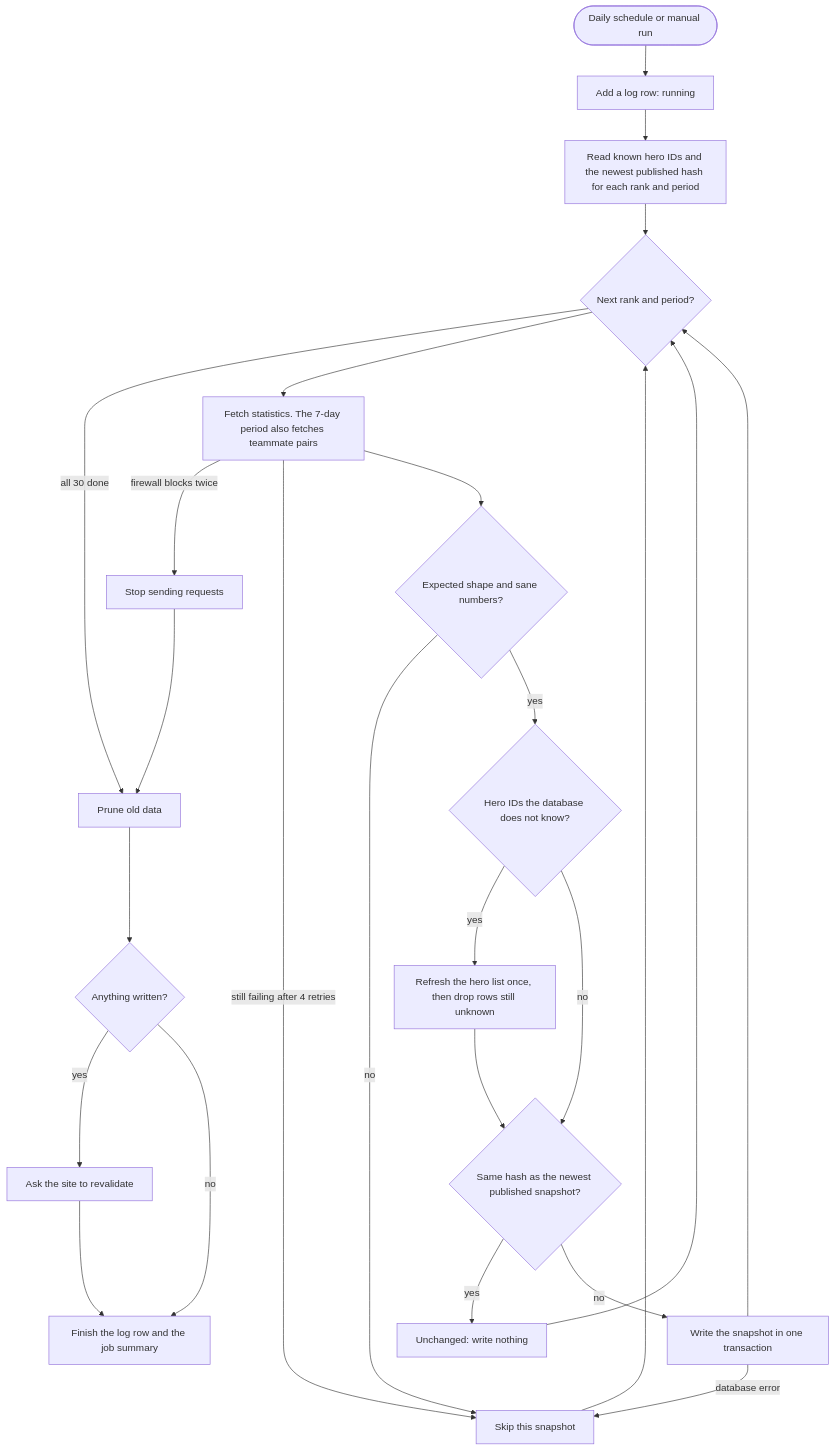
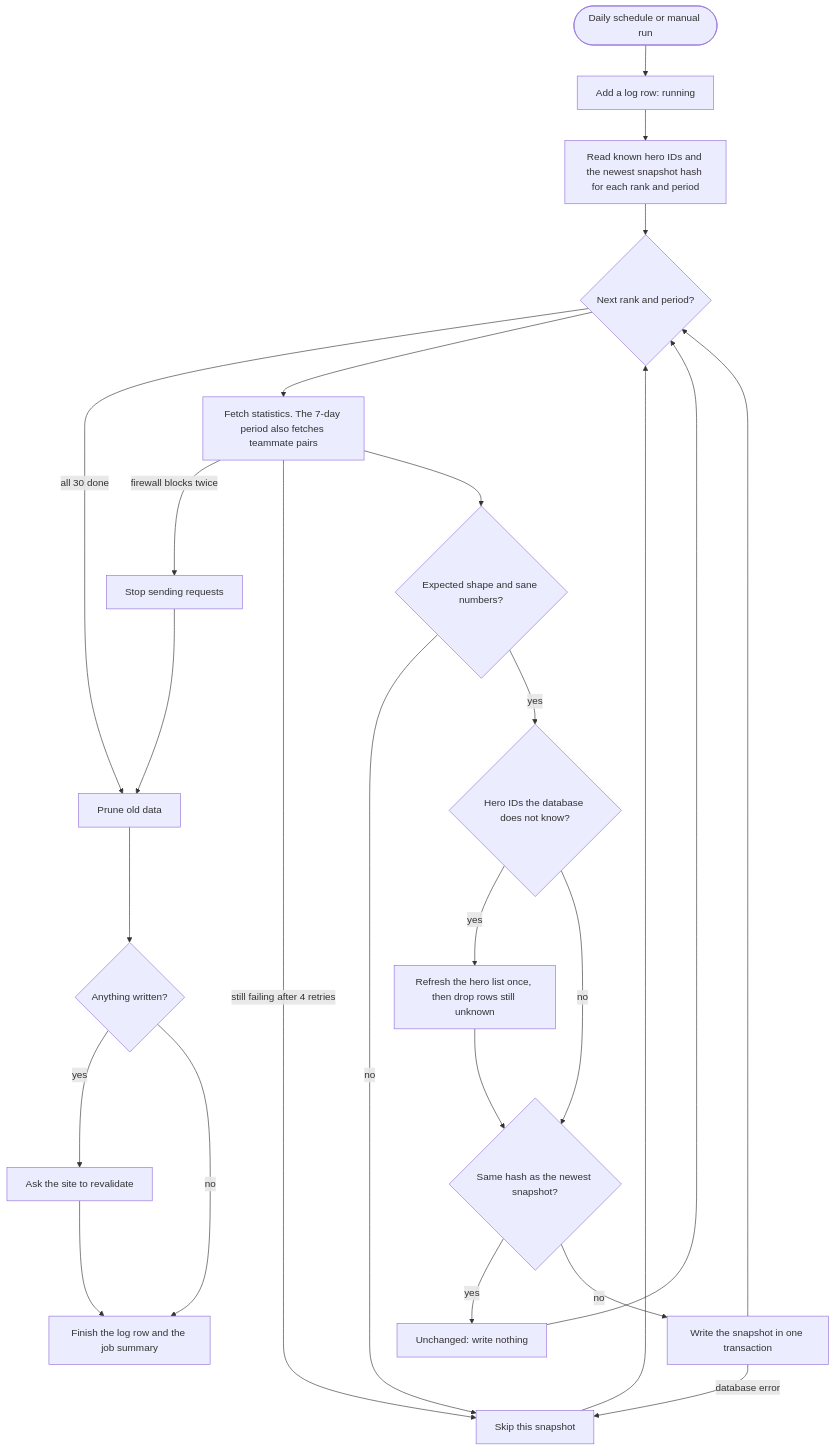
One commit to Vonfring/meta-pick-mlbb changed the first of 2 diagrams in docs/activity-updater.md. Above: the diagram before and after it, drawn with Mermaid. The commit also changed other lines of this file and 26 other files, not shown here.

````diff
--- a/docs/activity-updater.md
+++ b/docs/activity-updater.md
@@ -29,27 +30,27 @@
 ```mermaid
 flowchart TD
     A([Daily schedule or manual run]) --> B[Add a log row: running]
-    B --> C[Read known hero IDs and the newest published hash for each rank and period]
+    B --> C[Read known hero IDs and the newest snapshot hash for each rank and period]
     C --> D{Next rank and period?}
     D -->|all 30 done| P[Prune old data]
     D --> E[Fetch statistics. The 7-day period also fetches teammate pairs]
     E -->|firewall blocks twice| X[Stop sending requests]
     X --> P
     E -->|still failing after 4 retries| S[Skip this snapshot]
     E --> F{Expected shape and sane numbers?}
     F -->|no| S
     F -->|yes| G{Hero IDs the database does not know?}
     G -->|yes| H[Refresh the hero list once, then drop rows still unknown]
     G -->|no| I
-    H --> I{Same hash as the newest published snapshot?}
+    H --> I{Same hash as the newest snapshot?}
     I -->|yes| U[Unchanged: write nothing]
     I -->|no| J[Write the snapshot in one transaction]
     J -->|database error| S
     J --> D
     U --> D
     S --> D
     P --> Q{Anything written?}
     Q -->|yes| R[Ask the site to revalidate]
     Q -->|no| T
     R --> T[Finish the log row and the job summary]
 ```
````
